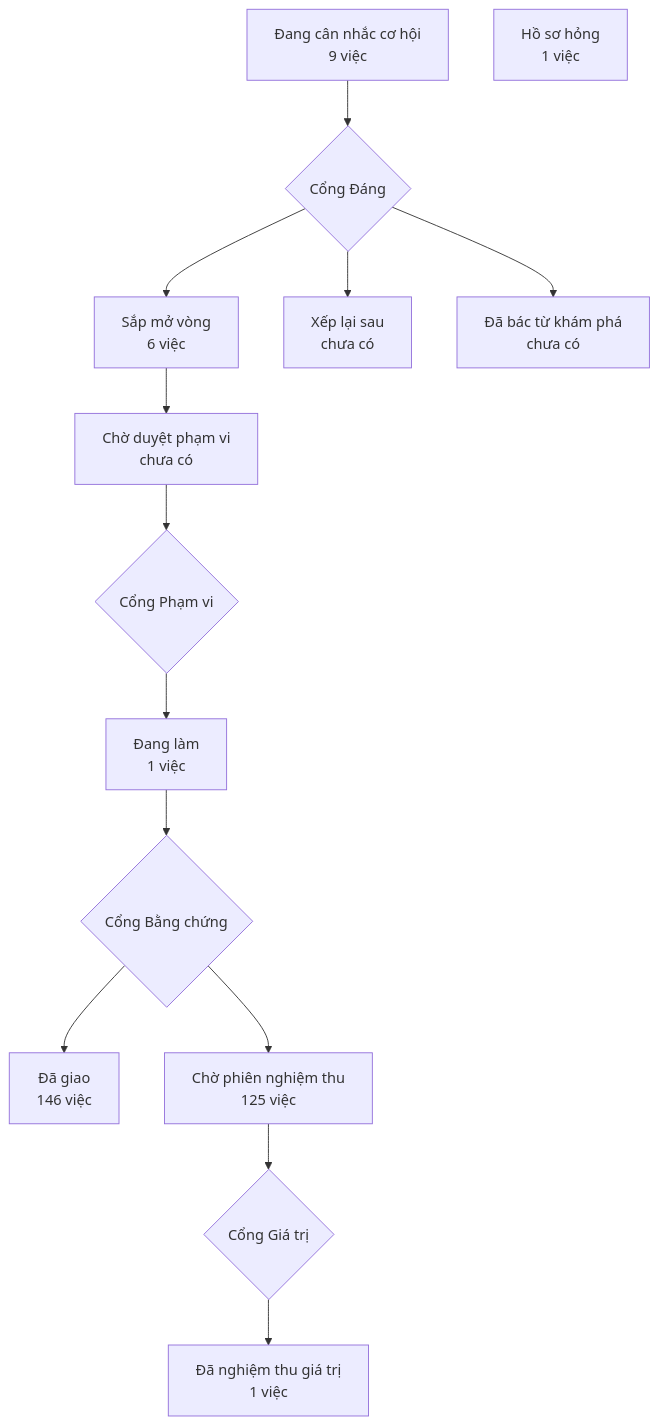
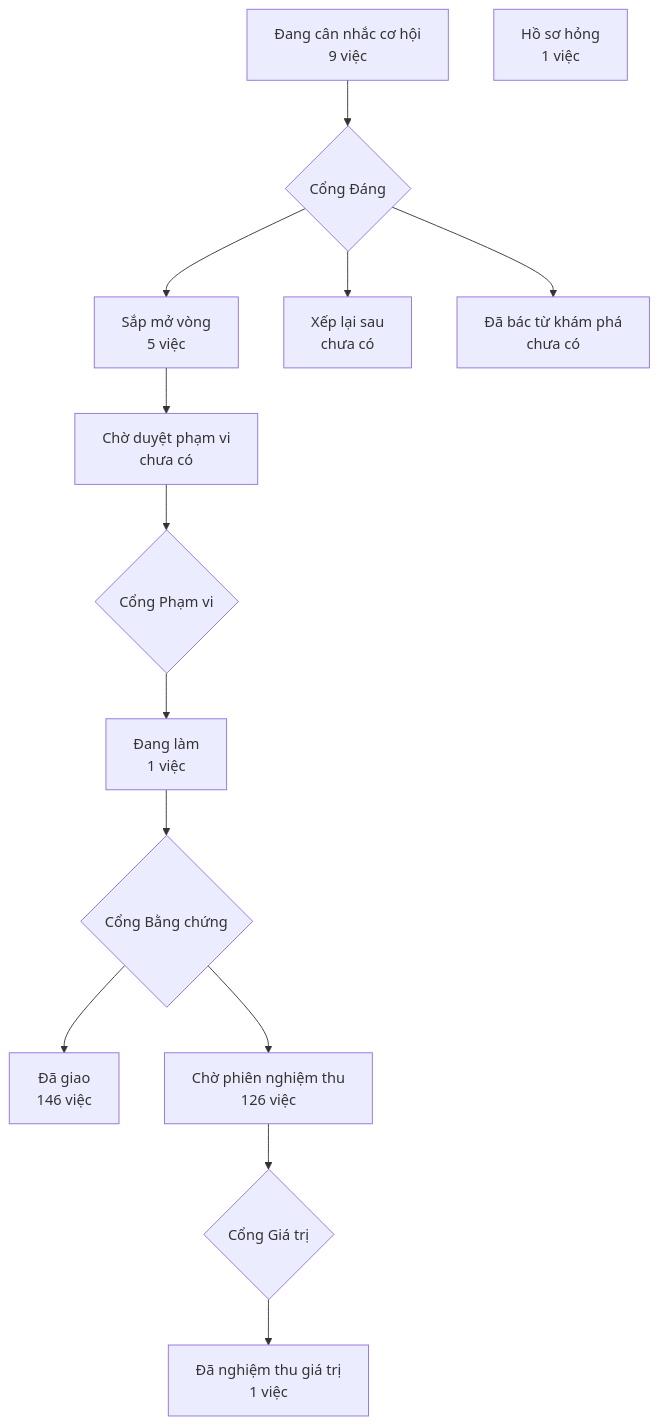
Before and after one commit to phanlemanh/crm-onehub: the diagram in PRODUCT-MAP.md, drawn with Mermaid. The commit also changed other lines of this file and 1 other file, not shown here.

Commit message:
chore(khong-re-theo-ten-thanh-luat-kho): vẽ lại bản đồ sau gộp onehub

````diff
--- a/PRODUCT-MAP.md
+++ b/PRODUCT-MAP.md
@@ -7,13 +7,13 @@
 ```mermaid
 flowchart TD
   A["Đang cân nhắc cơ hội<br/>9 việc"] --> GD{"Cổng Đáng"}
-  GD --> B["Sắp mở vòng<br/>6 việc"]
+  GD --> B["Sắp mở vòng<br/>5 việc"]
   GD --> XL["Xếp lại sau<br/>chưa có"]
   GD --> DB["Đã bác từ khám phá<br/>chưa có"]
   B --> CD["Chờ duyệt phạm vi<br/>chưa có"] --> GP{"Cổng Phạm vi"}
   GP --> DL["Đang làm<br/>1 việc"] --> GB{"Cổng Bằng chứng"}
   GB --> DG["Đã giao<br/>146 việc"]
-  GB --> CN["Chờ phiên nghiệm thu<br/>125 việc"] --> GG{"Cổng Giá trị"}
+  GB --> CN["Chờ phiên nghiệm thu<br/>126 việc"] --> GG{"Cổng Giá trị"}
   GG --> NT["Đã nghiệm thu giá trị<br/>1 việc"]
   HS["Hồ sơ hỏng<br/>1 việc"]
 ```
````
